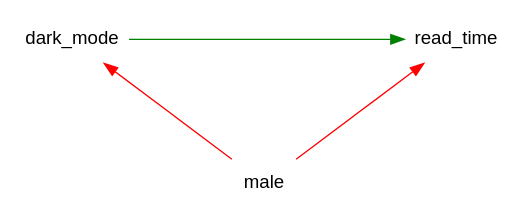
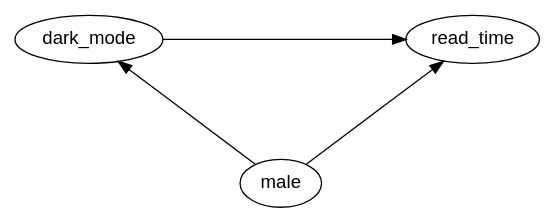
One commit to mca91/kasa_book changed the first of 3 diagrams in Matching.qmd. Above: the diagram before and after it, drawn with Graphviz. The commit also changed other lines of this file and 21 other files, not shown here.

````diff
--- a/Matching.qmd
+++ b/Matching.qmd
@@ -194,20 +196,19 @@
 ```{dot}
-//| fig-width: 4
+//| fig-width: 5
 //| fig-height: 3
 //| fig-align: 'center'
 //| fig-cap: "Backdoor durch 'male' im Website-Design-Bespiel"
 //| label: "fig-maleCDdarkmode" 
 digraph {
   layout=neato
   fontname="Helvetica,Arial,sans-serif"
-  node [fontname="Helvetica,Arial,sans-serif"]
+  node [fontname="Helvetica,Arial,sans-serif", shape=ellipse]
   edge [fontname="Helvetica,Arial,sans-serif"]
-  node [shape=none];
   "read_time" [pos="4,0.5!"]
   "dark_mode" [pos="0,0.5!"]
   "male" [pos="2,-1!"]
-  "dark_mode" -> "read_time" [color="green"]
-  "male" -> "dark_mode" [color="red"]
-  "male" -> "read_time" [color="red"]
+  "dark_mode" -> "read_time"
+  "male" -> "dark_mode"
+  "male" -> "read_time"
 }
 ```
````
